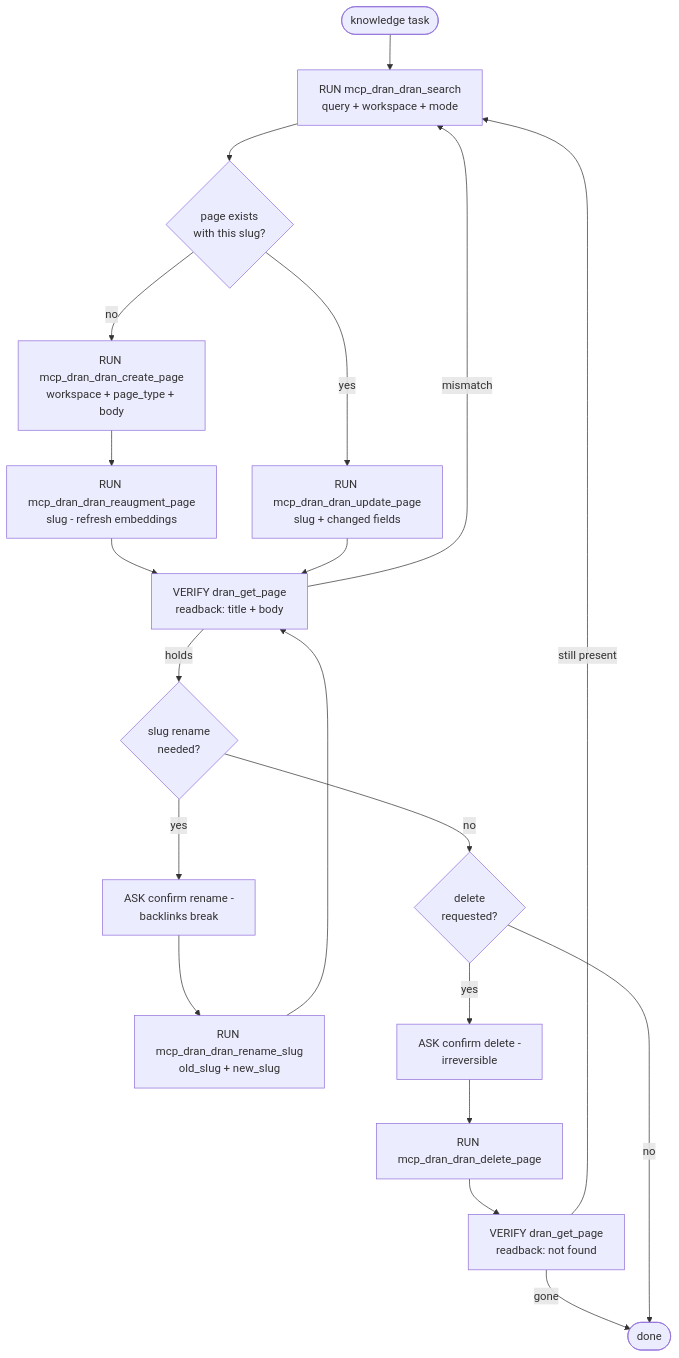
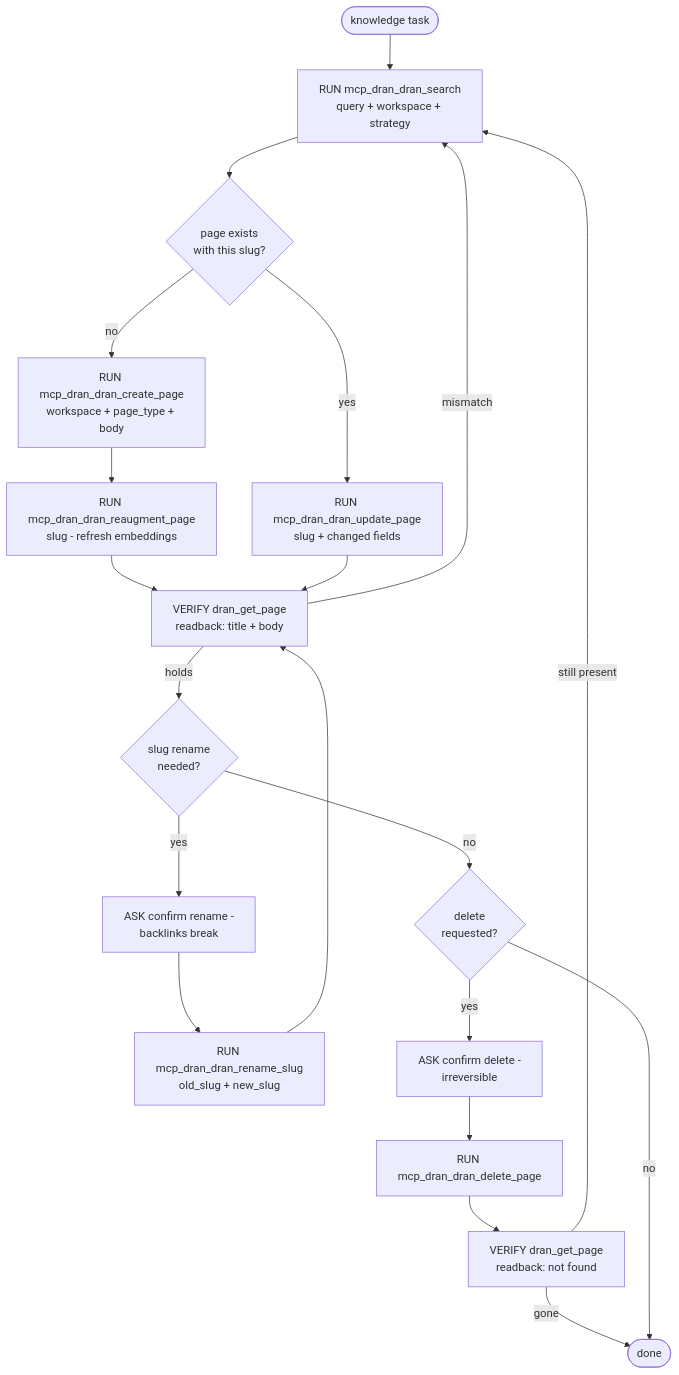
The second of 2 diagrams in skills/dran-knowledge-flow/SKILL.md (alvarolizama/dran), drawn with Mermaid before and after one commit. The commit also changed other lines of this file and 8 other files, not shown here.

````diff
--- a/skills/dran-knowledge-flow/SKILL.md
+++ b/skills/dran-knowledge-flow/SKILL.md
@@ -39,22 +39,22 @@
 ```mermaid
 flowchart TD
-  START([knowledge task]) --> S1["RUN mcp_dran_dran_search\nquery + workspace + mode"]
+  START([knowledge task]) --> S1["RUN mcp_dran_dran_search\nquery + workspace + strategy"]
   S1 --> G1{"page exists\nwith this slug?"}
   G1 -->|"no"| S2["RUN mcp_dran_dran_create_page\nworkspace + page_type + body"]
   G1 -->|"yes"| S3["RUN mcp_dran_dran_update_page\nslug + changed fields"]
   S2 --> S4["RUN mcp_dran_dran_reaugment_page\nslug - refresh embeddings"]
   S4 --> V1["VERIFY dran_get_page\nreadback: title + body"]
   S3 --> V1
   V1 -->|"mismatch"| S1
   V1 -->|"holds"| G2{"slug rename\nneeded?"}
   G2 -->|"yes"| S5["ASK confirm rename -\nbacklinks break"]
   S5 --> S6["RUN mcp_dran_dran_rename_slug\nold_slug + new_slug"]
   S6 --> V1
   G2 -->|"no"| G3{"delete\nrequested?"}
   G3 -->|"yes"| S7["ASK confirm delete -\nirreversible"]
   S7 --> S8["RUN mcp_dran_dran_delete_page"]
   S8 --> V2["VERIFY dran_get_page\nreadback: not found"]
   V2 -->|"still present"| S1
   V2 -->|"gone"| END([done])
   G3 -->|"no"| END
 ```
````
